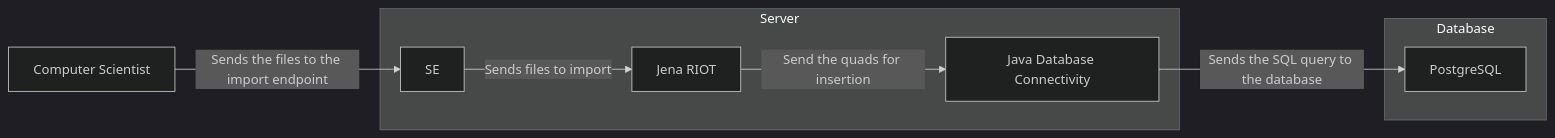
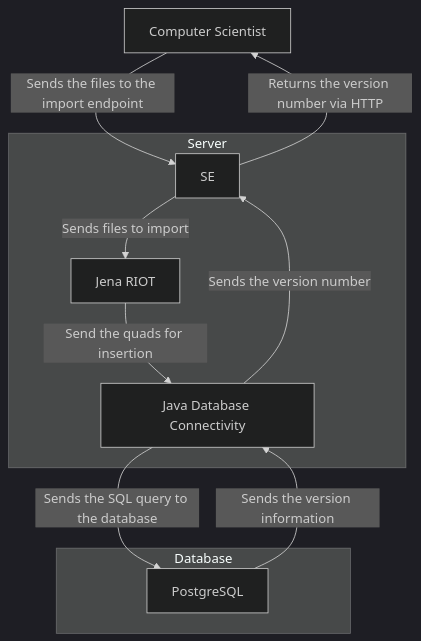
The fourth of 5 diagrams in Readme.md (VCityTeam/ConVer-G), drawn with Mermaid (dark theme) before and after one commit. The commit also changed other lines of this file and 268 other files, not shown here.

````diff
--- a/Readme.md
+++ b/Readme.md
@@ -92,11 +250,17 @@
 ```mermaid
-flowchart LR
-    CS[Computer Scientist] --> |Sends the files to the import endpoint| SE
+flowchart TB
+    CS[Computer Scientist] -->|Sends the files to the import endpoint| SE
+    SE -->|Returns the version number via HTTP| CS
+    
     subgraph Server
-        SE --> |Sends files to import| RIOT[Jena RIOT]
-        RIOT --> |Send the quads for insertion| JDBC[Java Database Connectivity]        
+        SE -->|Sends files to import| RIOT[Jena RIOT]
+        RIOT -->|Send the quads for insertion| JDBC[Java Database Connectivity]
+        
+        JDBC -->|Sends the version number| SE
     end
+    
     subgraph Database
-        JDBC --> |Sends the SQL query to the database| DB[PostgreSQL]
+        JDBC -->|Sends the SQL query to the database| DB[PostgreSQL]
+        DB -->|Sends the version information| JDBC
     end
 ```
````
